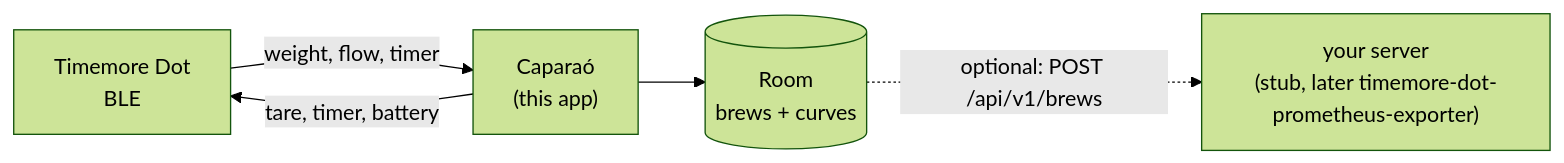
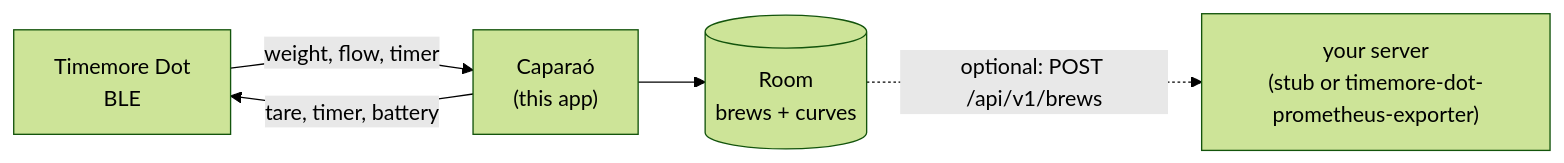
One commit to MateuxLucax/caparao changed the diagram in README.md. Above: the diagram before and after it, drawn with Mermaid (forest theme). The commit also changed other lines of this file and 2 other files, not shown here.

Commit message:
Run the end-to-end test against the exporter and Prometheus

````diff
--- a/README.md
+++ b/README.md
@@ -40,7 +40,7 @@
 ```mermaid
 flowchart LR
     dot["Timemore Dot<br/>BLE"] -->|"weight, flow, timer"| app["Caparaó<br/>(this app)"]
     app -->|"tare, timer, battery"| dot
     app --> room[("Room<br/>brews + curves")]
-    room -.->|"optional: POST /api/v1/brews"| srv["your server<br/>(stub, later timemore-dot-prometheus-exporter)"]
+    room -.->|"optional: POST /api/v1/brews"| srv["your server<br/>(stub or timemore-dot-prometheus-exporter)"]
 ```
````
